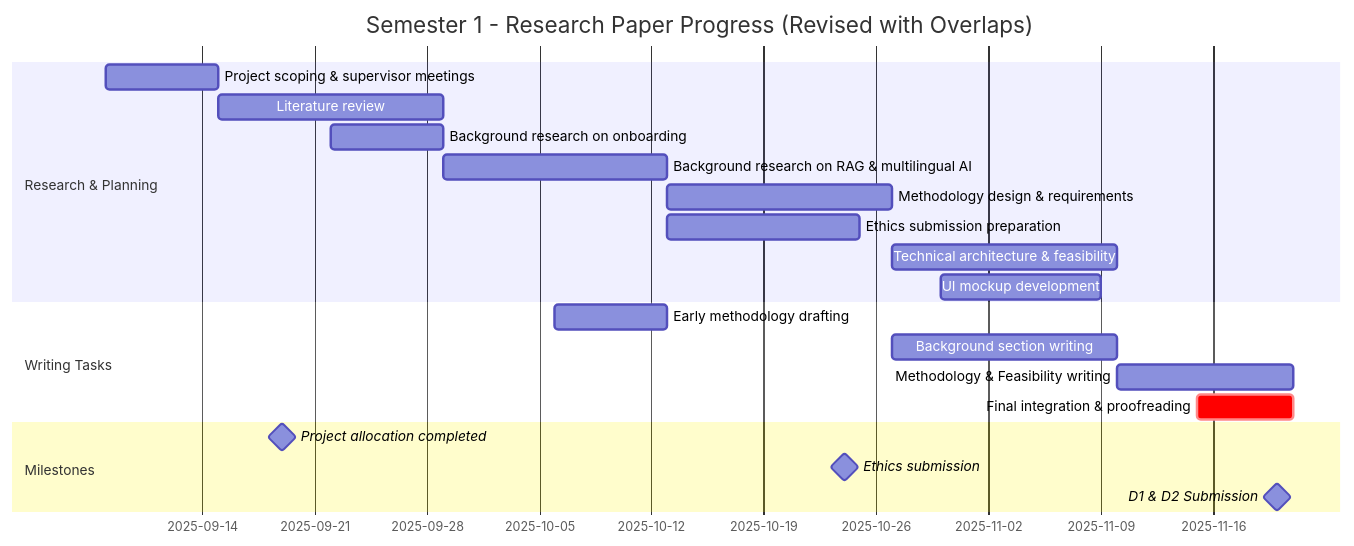
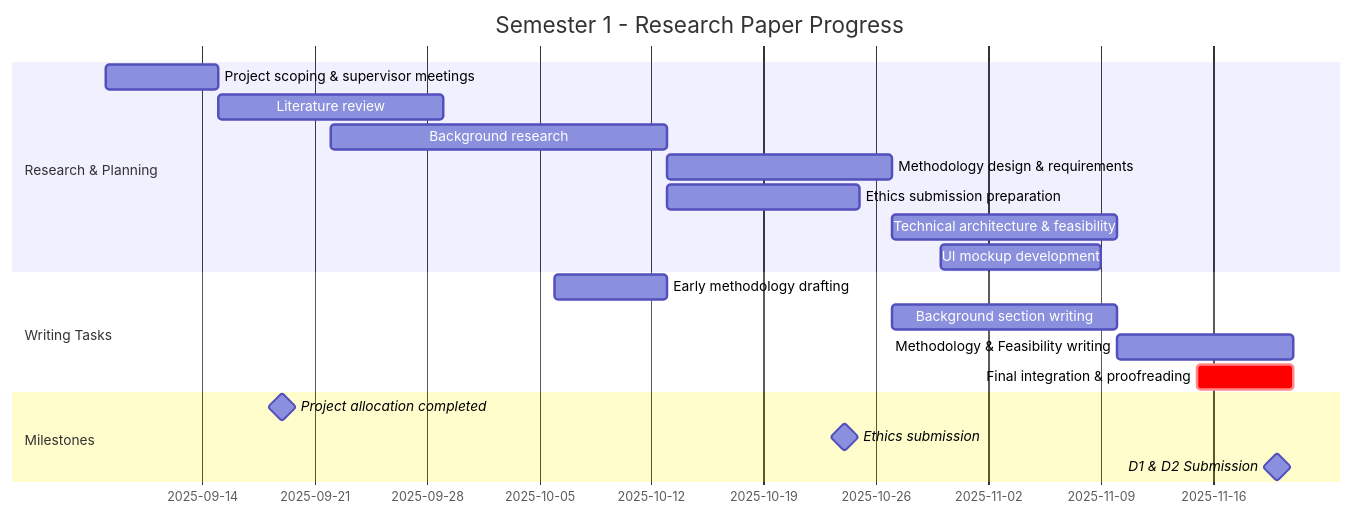
One commit to nm2064/Supporting-new-students-orienting-themselves-on-campus changed the first of 2 diagrams in Gantt Chart/README.md. Above: the diagram before and after it, drawn with Mermaid.

Commit message:
Revise Gantt chart title and task details
Updated Gantt chart title and adjusted task durations.

````diff
--- a/Gantt Chart/README.md
+++ b/Gantt Chart/README.md
@@ -5,26 +5,25 @@
 ```mermaid
 gantt
-    title Semester 1 - Research Paper Progress (Revised with Overlaps)
+    title Semester 1 - Research Paper Progress
     dateFormat  YYYY-MM-DD
 
     section Research & Planning
     Project scoping & supervisor meetings           :plan1, 2025-09-08, 7d
     Literature review                               :plan2, 2025-09-15, 14d
-    Background research on onboarding               :plan3, 2025-09-22, 7d
-    Background research on RAG & multilingual AI    :plan4, 2025-09-29, 14d
-    Methodology design & requirements               :plan5, 2025-10-13, 14d
-    Ethics submission preparation                   :plan6, 2025-10-13, 12d
-    Technical architecture & feasibility            :plan7, 2025-10-27, 14d
-    UI mockup development                           :plan8, 2025-10-30, 10d
+    Background research                             :plan3, 2025-09-22, 21d
+    Methodology design & requirements               :plan4, 2025-10-13, 14d
+    Ethics submission preparation                   :plan5, 2025-10-13, 12d
+    Technical architecture & feasibility            :plan6, 2025-10-27, 14d
+    UI mockup development                           :plan7, 2025-10-30, 10d
 
     section Writing Tasks
     Early methodology drafting                      :write1, 2025-10-06, 7d
     Background section writing                      :write2, 2025-10-27, 14d
     Methodology & Feasibility writing               :write3, 2025-11-10, 11d
     Final integration & proofreading                :crit, write4, 2025-11-15, 6d
 
     section Milestones
     Project allocation completed                    :milestone, m1, 2025-09-19, 0d
     Ethics submission                               :milestone, m2, 2025-10-24, 0d
     D1 & D2 Submission                              :milestone, m3, 2025-11-20, 0d
 ```
````
